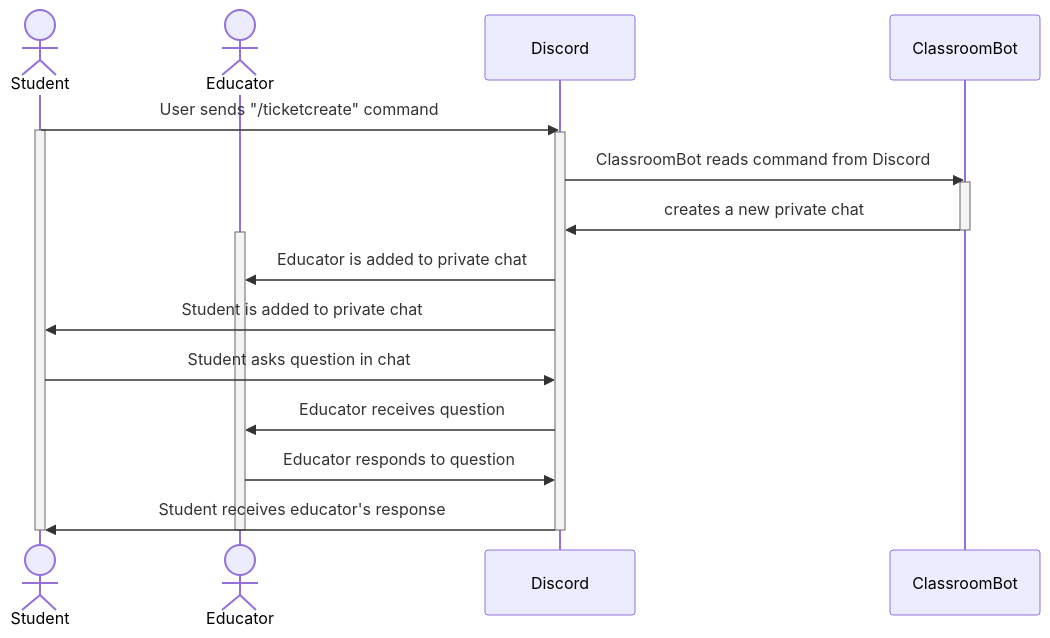
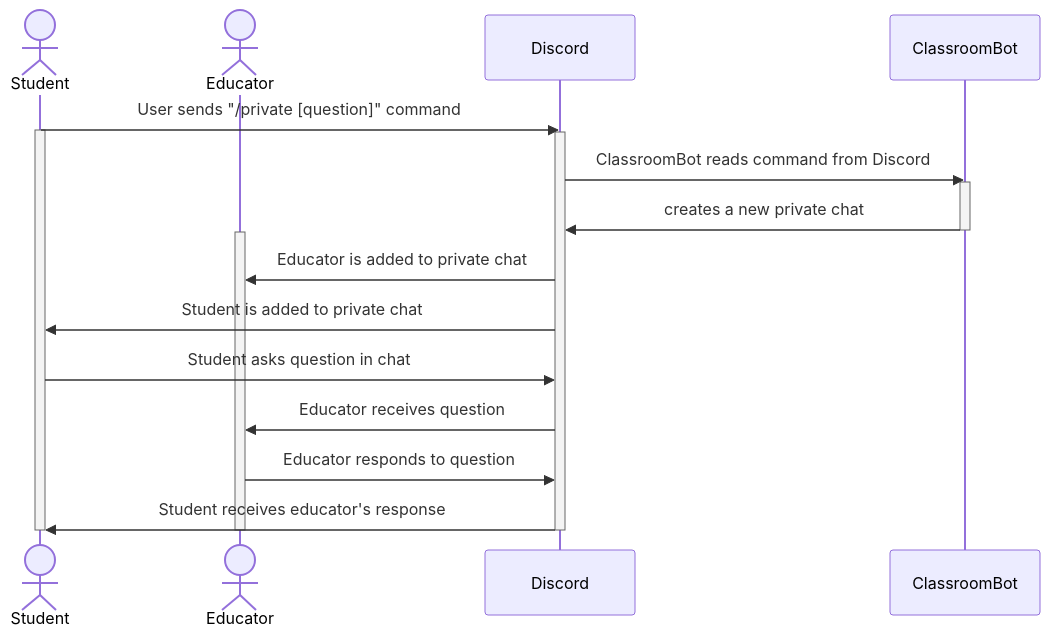
Before and after one commit to Capstone-Projects-2023-Spring/project-discord-classroom: the sixth of 8 diagrams in documentation/docs/system-architecture/design.md, drawn with Mermaid. The commit also changed other lines of this file and 5 other files, not shown here.

````diff
--- a/documentation/docs/system-architecture/design.md
+++ b/documentation/docs/system-architecture/design.md
@@ -405,26 +405,26 @@
 ```mermaid
 
 sequenceDiagram
     actor Student
     actor Educator
     participant Discord
     participant ClassroomBot
-    Student->>Discord: User sends "/ticketcreate" command
+    Student->>Discord: User sends "/private [question]" command
     activate Student
     activate Discord
     Discord->>ClassroomBot: ClassroomBot reads command from Discord
     activate ClassroomBot
     ClassroomBot->>Discord: creates a new private chat
     deactivate ClassroomBot
     activate Educator
     Discord->>Educator: Educator is added to private chat
     Discord->>Student: Student is added to private chat
     Student->>Discord: Student asks question in chat
     Discord->>Educator: Educator receives question
     Educator->>Discord: Educator responds to question
     Discord->>Student: Student receives educator's response
     deactivate Discord
     deactivate Educator
     deactivate Student
     
 ```
````
